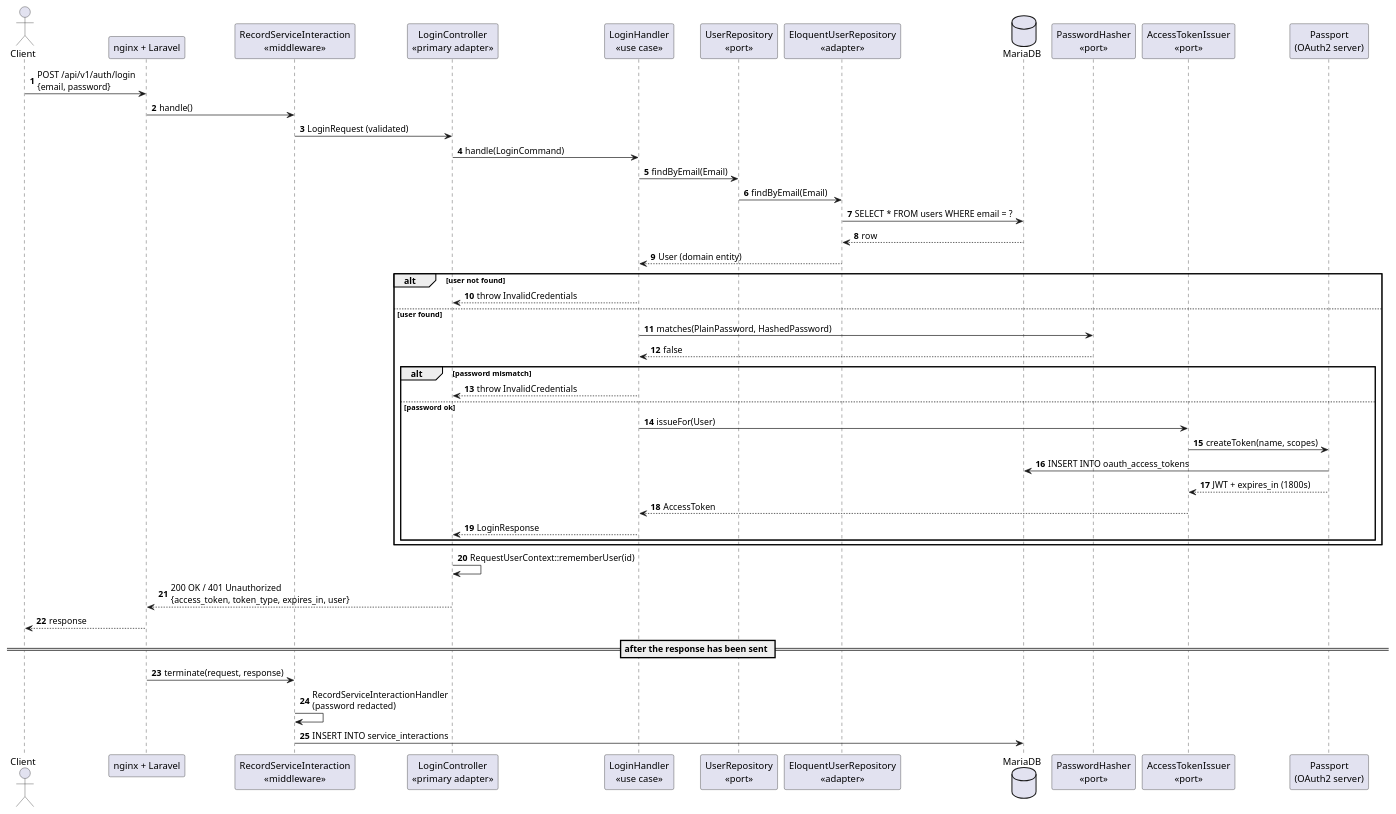
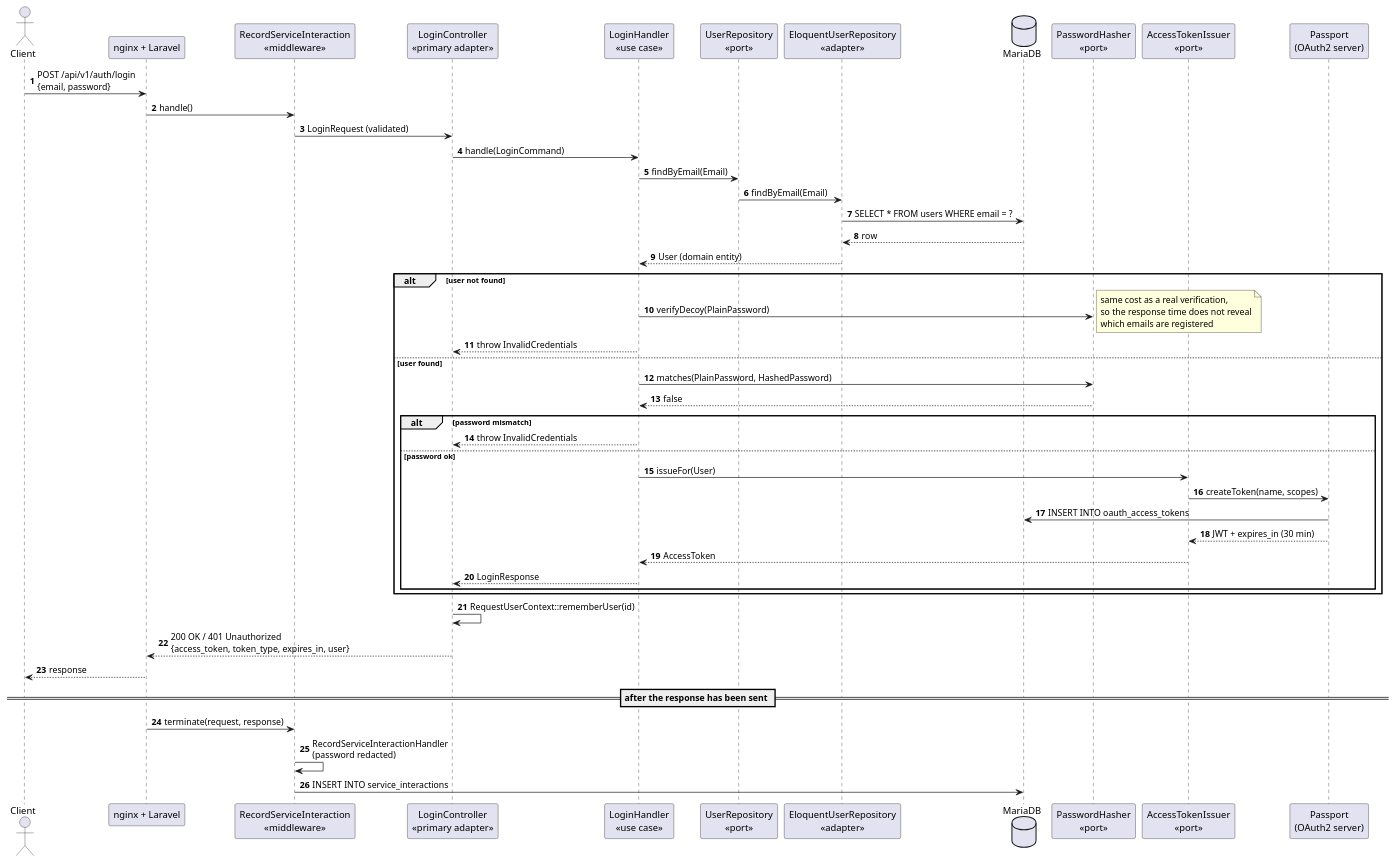
One commit to alexisrivero/challenge-prex changed the diagram in docs/diagrams/sequence-login.puml. Above: the diagram before and after it, drawn with PlantUML. The commit also changed 7 other files, not shown here.

First line of the commit message:
Bring the UML diagrams back in sync with the code

```diff
--- a/docs/diagrams/sequence-login.puml
+++ b/docs/diagrams/sequence-login.puml
@@ -1,56 +1,58 @@
 @startuml sequence-login
 ' ---------------------------------------------------------------------------
 ' UC1 - Login (POST /api/v1/auth/login)
 ' ---------------------------------------------------------------------------
 skinparam shadowing false
 autonumber
 
 actor Client
 participant "nginx + Laravel" as Kernel
 participant "RecordServiceInteraction\n<<middleware>>" as Audit
 participant "LoginController\n<<primary adapter>>" as Controller
 participant "LoginHandler\n<<use case>>" as Handler
 participant "UserRepository\n<<port>>" as UserPort
 participant "EloquentUserRepository\n<<adapter>>" as UserAdapter
 database "MariaDB" as DB
 participant "PasswordHasher\n<<port>>" as HasherPort
 participant "AccessTokenIssuer\n<<port>>" as TokenPort
 participant "Passport\n(OAuth2 server)" as Passport
 
 Client -> Kernel : POST /api/v1/auth/login\n{email, password}
 Kernel -> Audit : handle()
 Audit -> Controller : LoginRequest (validated)
 Controller -> Handler : handle(LoginCommand)
 
 Handler -> UserPort : findByEmail(Email)
 UserPort -> UserAdapter : findByEmail(Email)
 UserAdapter -> DB : SELECT * FROM users WHERE email = ?
 DB --> UserAdapter : row
 UserAdapter --> Handler : User (domain entity)
 
 alt user not found
+  Handler -> HasherPort : verifyDecoy(PlainPassword)
+  note right : same cost as a real verification,\nso the response time does not reveal\nwhich emails are registered
   Handler --> Controller : throw InvalidCredentials
 else user found
   Handler -> HasherPort : matches(PlainPassword, HashedPassword)
   HasherPort --> Handler : false
   alt password mismatch
     Handler --> Controller : throw InvalidCredentials
   else password ok
     Handler -> TokenPort : issueFor(User)
     TokenPort -> Passport : createToken(name, scopes)
     Passport -> DB : INSERT INTO oauth_access_tokens
-    Passport --> TokenPort : JWT + expires_in (1800s)
+    Passport --> TokenPort : JWT + expires_in (30 min)
     TokenPort --> Handler : AccessToken
     Handler --> Controller : LoginResponse
   end
 end
 
 Controller -> Controller : RequestUserContext::rememberUser(id)
 Controller --> Kernel : 200 OK / 401 Unauthorized\n{access_token, token_type, expires_in, user}
 Kernel --> Client : response
 
 == after the response has been sent ==
 Kernel -> Audit : terminate(request, response)
 Audit -> Audit : RecordServiceInteractionHandler\n(password redacted)
 Audit -> DB : INSERT INTO service_interactions
 @enduml
```
